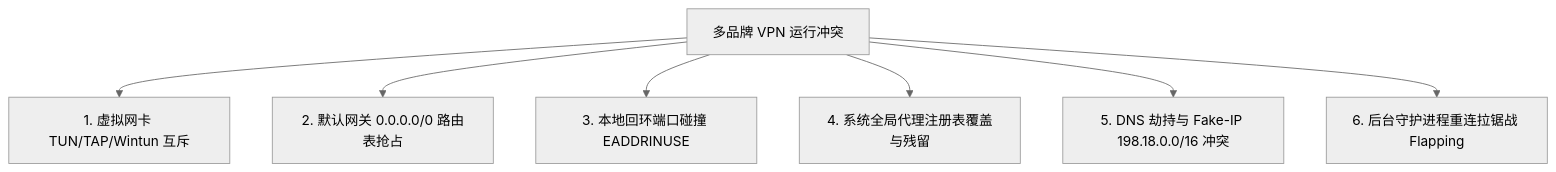
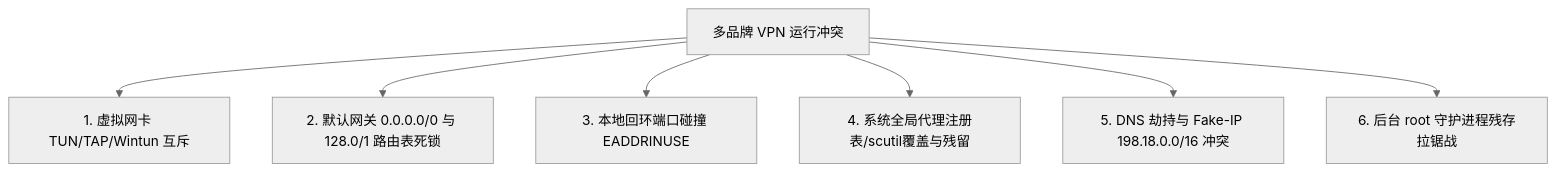
One commit to Rouen007/vpn-troubleshooting-handbook changed the first of 3 diagrams in README.md. Above: the diagram before and after it, drawn with Mermaid (neutral theme). The commit also changed other lines of this file and 3 other files, not shown here.

````diff
--- a/README.md
+++ b/README.md
@@ -44,9 +85,9 @@
 ```mermaid
 graph TD
     A[多品牌 VPN 运行冲突] --> B[1. 虚拟网卡 TUN/TAP/Wintun 互斥]
-    A --> C[2. 默认网关 0.0.0.0/0 路由表抢占]
+    A --> C[2. 默认网关 0.0.0.0/0 与 128.0/1 路由表死锁]
     A --> D[3. 本地回环端口碰撞 EADDRINUSE]
-    A --> E[4. 系统全局代理注册表覆盖与残留]
+    A --> E[4. 系统全局代理注册表/scutil覆盖与残留]
     A --> F[5. DNS 劫持与 Fake-IP 198.18.0.0/16 冲突]
-    A --> G[6. 后台守护进程重连拉锯战 Flapping]
+    A --> G[6. 后台 root 守护进程残存拉锯战]
 ```
````
